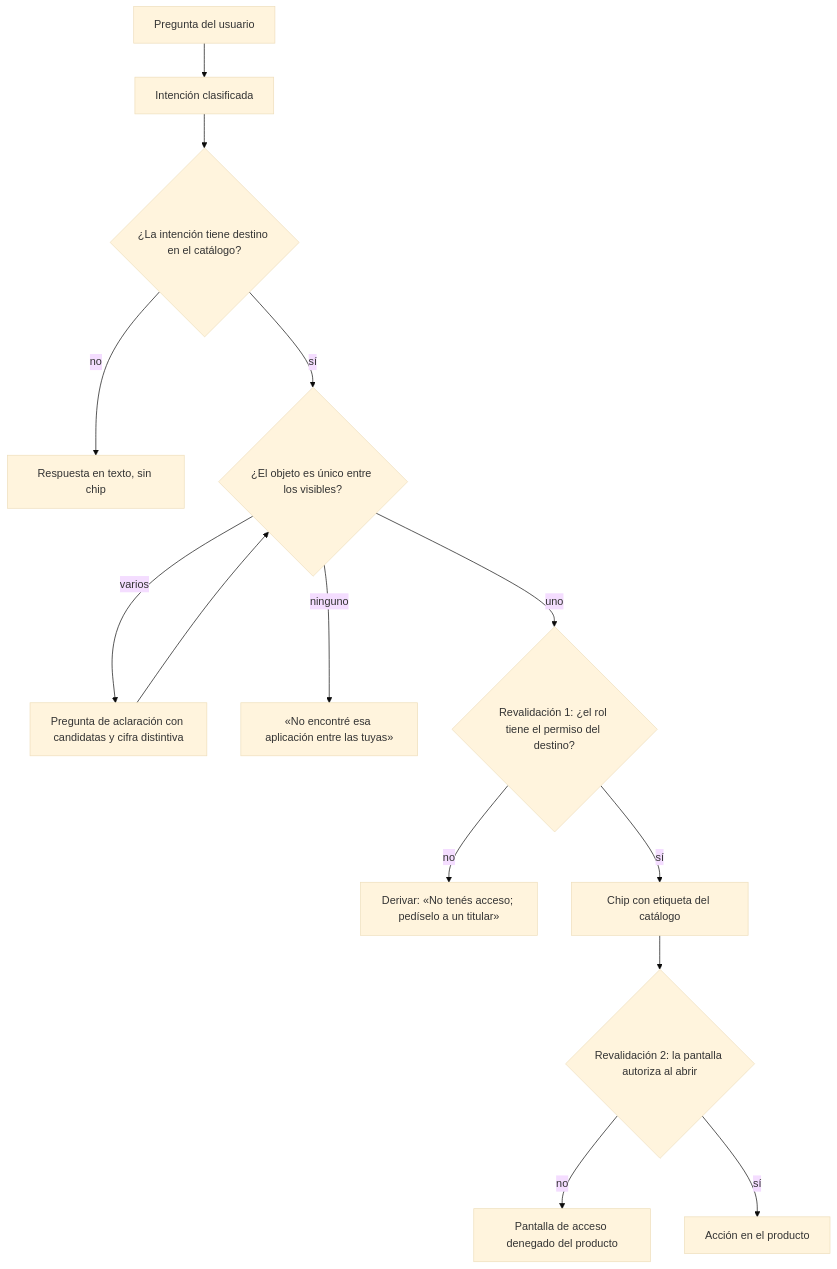
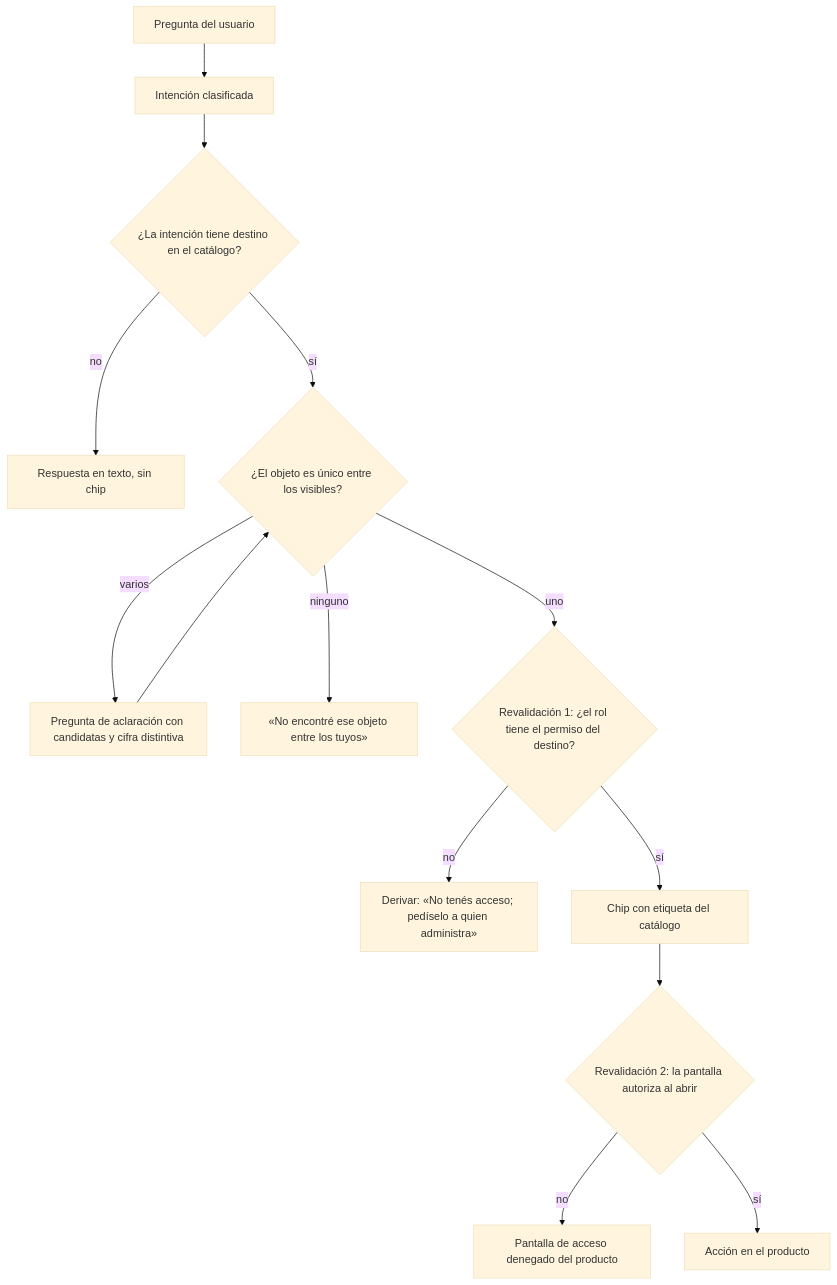
The ninth of 25 diagrams in Guides/IA/Dot-Net-Integration-AI-Layer-Guide/Conversational-Design-Framework-Guide.md (hdcm-dev/Lab-Documentos), drawn with Mermaid (base theme) before and after one commit. The commit also changed other lines of this file and 1 other file, not shown here.

````diff
--- a/Guides/IA/Dot-Net-Integration-AI-Layer-Guide/Conversational-Design-Framework-Guide.md
+++ b/Guides/IA/Dot-Net-Integration-AI-Layer-Guide/Conversational-Design-Framework-Guide.md
@@ -929,16 +952,16 @@
 ```mermaid
 flowchart TD
   Q[Pregunta del usuario] --> I[Intención clasificada]
   I --> C{¿La intención tiene destino en el catálogo?}
   C -- no --> T[Respuesta en texto, sin chip]
   C -- sí --> O{¿El objeto es único entre los visibles?}
   O -- varios --> D[Pregunta de aclaración con candidatas y cifra distintiva]
   D --> O
-  O -- ninguno --> N[«No encontré esa aplicación entre las tuyas»]
+  O -- ninguno --> N[«No encontré ese objeto entre los tuyos»]
   O -- uno --> P1{Revalidación 1: ¿el rol tiene el permiso del destino?}
-  P1 -- no --> R[Derivar: «No tenés acceso; pedíselo a un titular»]
+  P1 -- no --> R[Derivar: «No tenés acceso; pedíselo a quien administra»]
   P1 -- sí --> E[Chip con etiqueta del catálogo]
   E --> P2{Revalidación 2: la pantalla autoriza al abrir}
   P2 -- no --> X[Pantalla de acceso denegado del producto]
   P2 -- sí --> OK[Acción en el producto]
 ```
````
